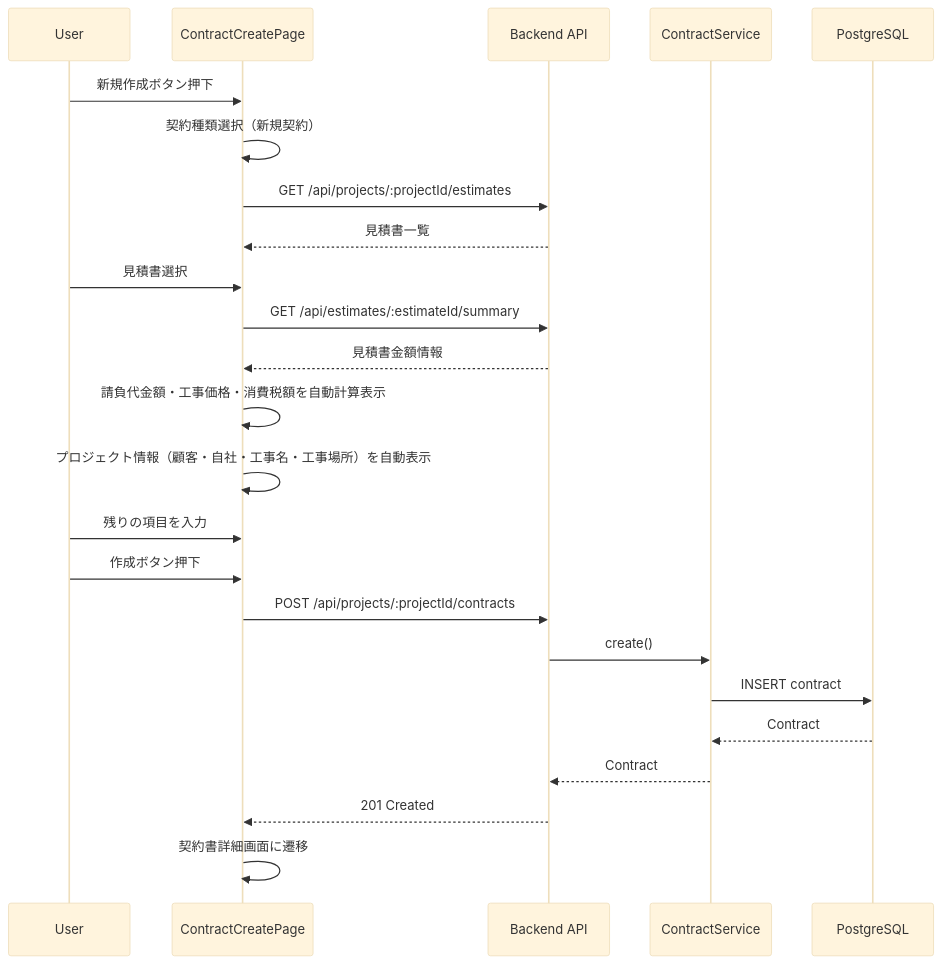
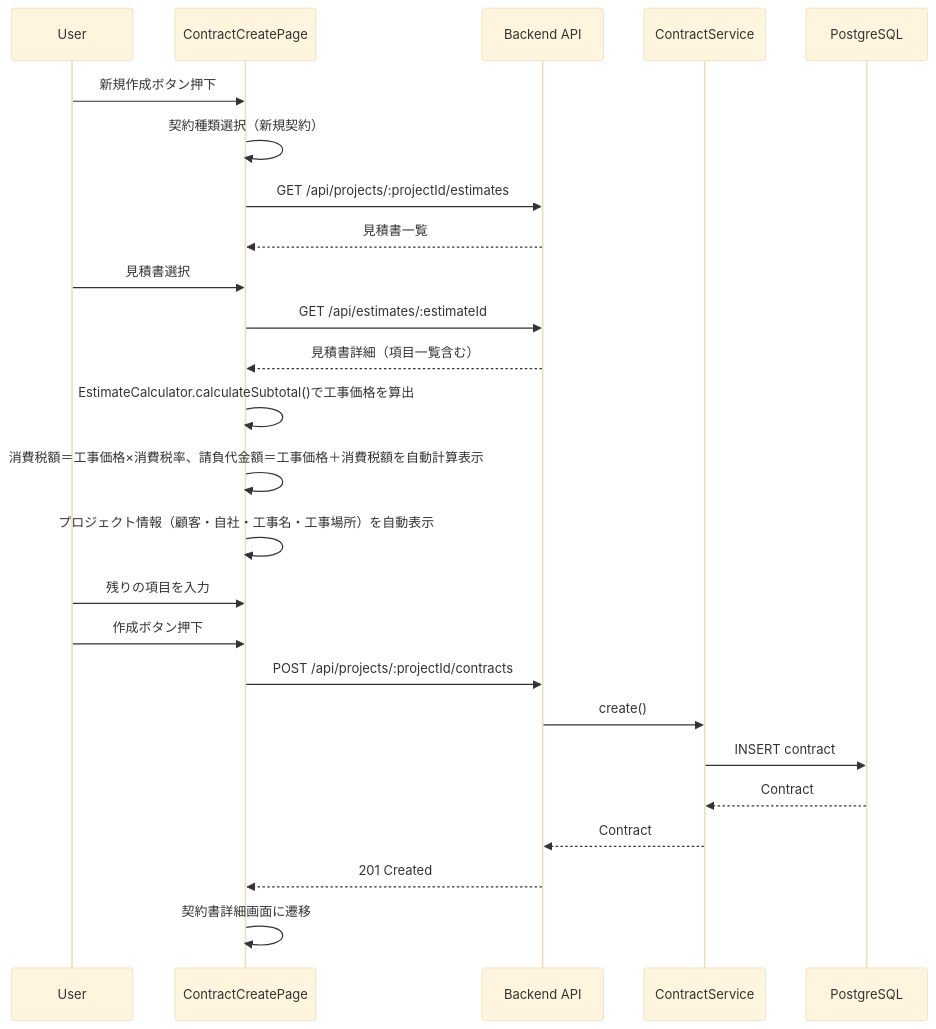
The second of 5 diagrams in .kiro/specs/contract-management/design.md (inakanou/ArchiTrack), drawn with Mermaid (base theme) before and after one commit. The commit also changed other lines of this file, not shown here.

First line of the commit message:
chore(specs): update design with version field and estimate calculation approach

````diff
--- a/.kiro/specs/contract-management/design.md
+++ b/.kiro/specs/contract-management/design.md
@@ -109,27 +109,28 @@
 ```mermaid
 sequenceDiagram
     participant U as User
     participant CCP as ContractCreatePage
     participant API as Backend API
     participant CS as ContractService
     participant DB as PostgreSQL
 
     U->>CCP: 新規作成ボタン押下
     CCP->>CCP: 契約種類選択（新規契約）
     CCP->>API: GET /api/projects/:projectId/estimates
     API-->>CCP: 見積書一覧
     U->>CCP: 見積書選択
-    CCP->>API: GET /api/estimates/:estimateId/summary
-    API-->>CCP: 見積書金額情報
-    CCP->>CCP: 請負代金額・工事価格・消費税額を自動計算表示
+    CCP->>API: GET /api/estimates/:estimateId
+    API-->>CCP: 見積書詳細（項目一覧含む）
+    CCP->>CCP: EstimateCalculator.calculateSubtotal()で工事価格を算出
+    CCP->>CCP: 消費税額＝工事価格×消費税率、請負代金額＝工事価格＋消費税額を自動計算表示
     CCP->>CCP: プロジェクト情報（顧客・自社・工事名・工事場所）を自動表示
     U->>CCP: 残りの項目を入力
     U->>CCP: 作成ボタン押下
     CCP->>API: POST /api/projects/:projectId/contracts
     API->>CS: create()
     CS->>DB: INSERT contract
     DB-->>CS: Contract
     CS-->>API: Contract
     API-->>CCP: 201 Created
     CCP->>CCP: 契約書詳細画面に遷移
 ```
````
